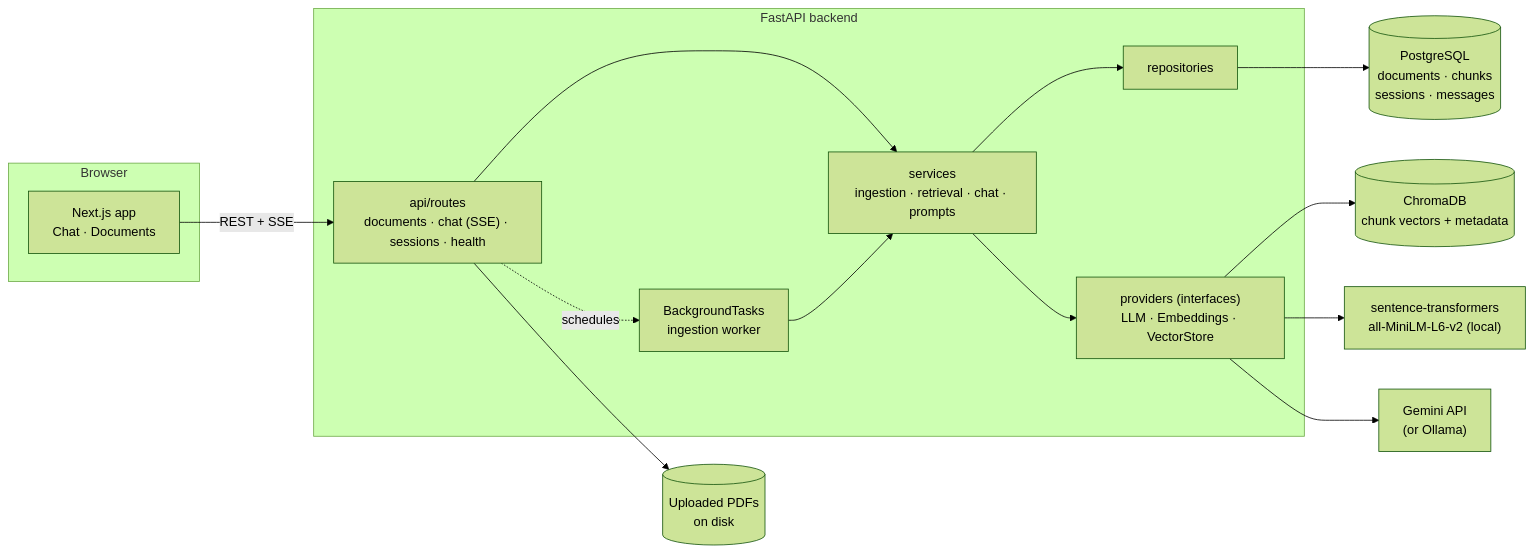
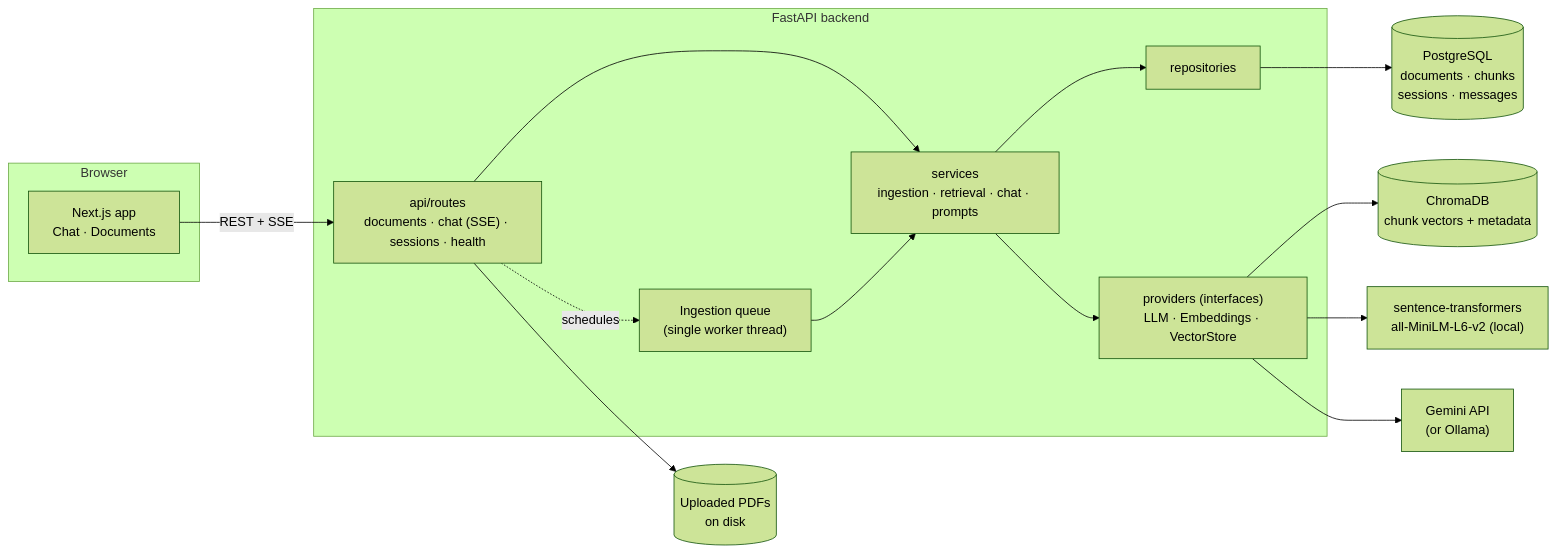
The first of 3 diagrams in README.md (dtgdheerajkashyap-droid/documind), drawn with Mermaid (forest theme) before and after one commit. The commit also changed other lines of this file and 43 other files, not shown here.

````diff
--- a/README.md
+++ b/README.md
@@ -57,31 +66,31 @@
 ```mermaid
 flowchart LR
     subgraph Browser
         UI["Next.js app<br/>Chat · Documents"]
     end
 
     subgraph API["FastAPI backend"]
         R["api/routes<br/>documents · chat (SSE) · sessions · health"]
         S["services<br/>ingestion · retrieval · chat · prompts"]
         REPO["repositories"]
         P["providers (interfaces)<br/>LLM · Embeddings · VectorStore"]
-        BG["BackgroundTasks<br/>ingestion worker"]
+        BG["Ingestion queue<br/>(single worker thread)"]
     end
 
     PG[("PostgreSQL<br/>documents · chunks<br/>sessions · messages")]
     CH[("ChromaDB<br/>chunk vectors + metadata")]
     ST["sentence-transformers<br/>all-MiniLM-L6-v2 (local)"]
     LLM["Gemini API<br/>(or Ollama)"]
     FS[("Uploaded PDFs<br/>on disk")]
 
     UI -- "REST + SSE" --> R
     R --> S
     R -. schedules .-> BG
     BG --> S
     S --> REPO --> PG
     S --> P
     P --> CH
     P --> ST
     P --> LLM
     R --> FS
 ```
````
